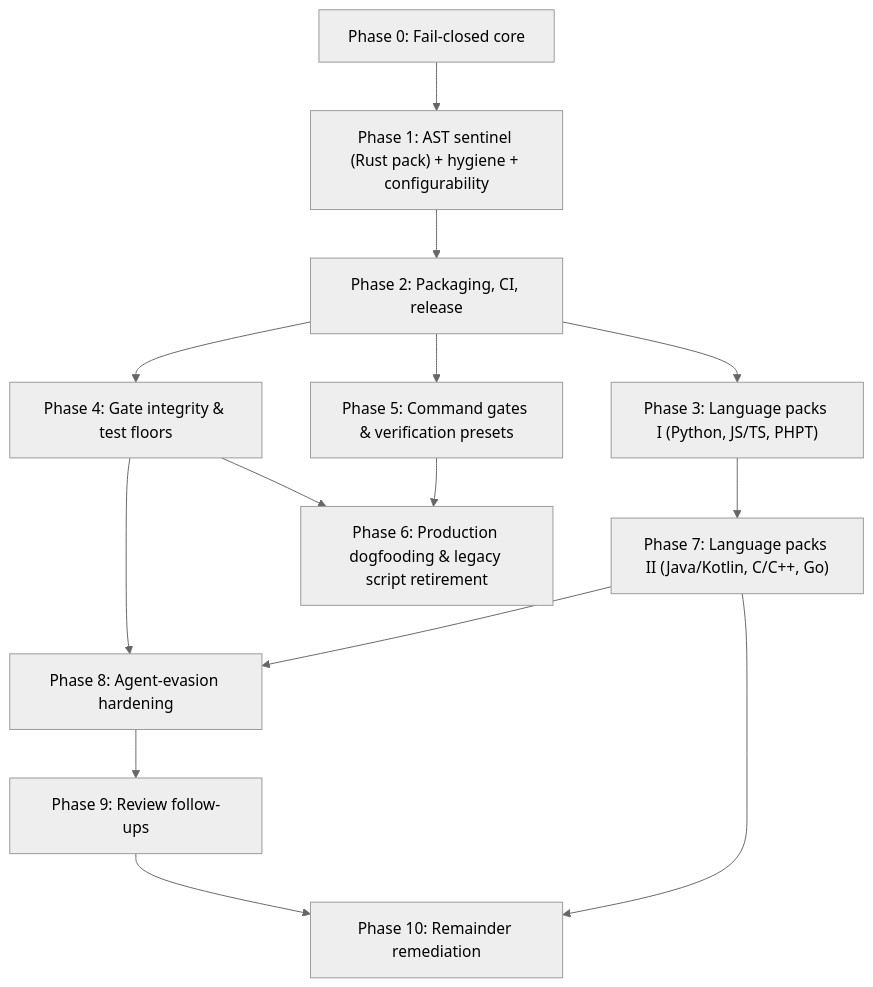
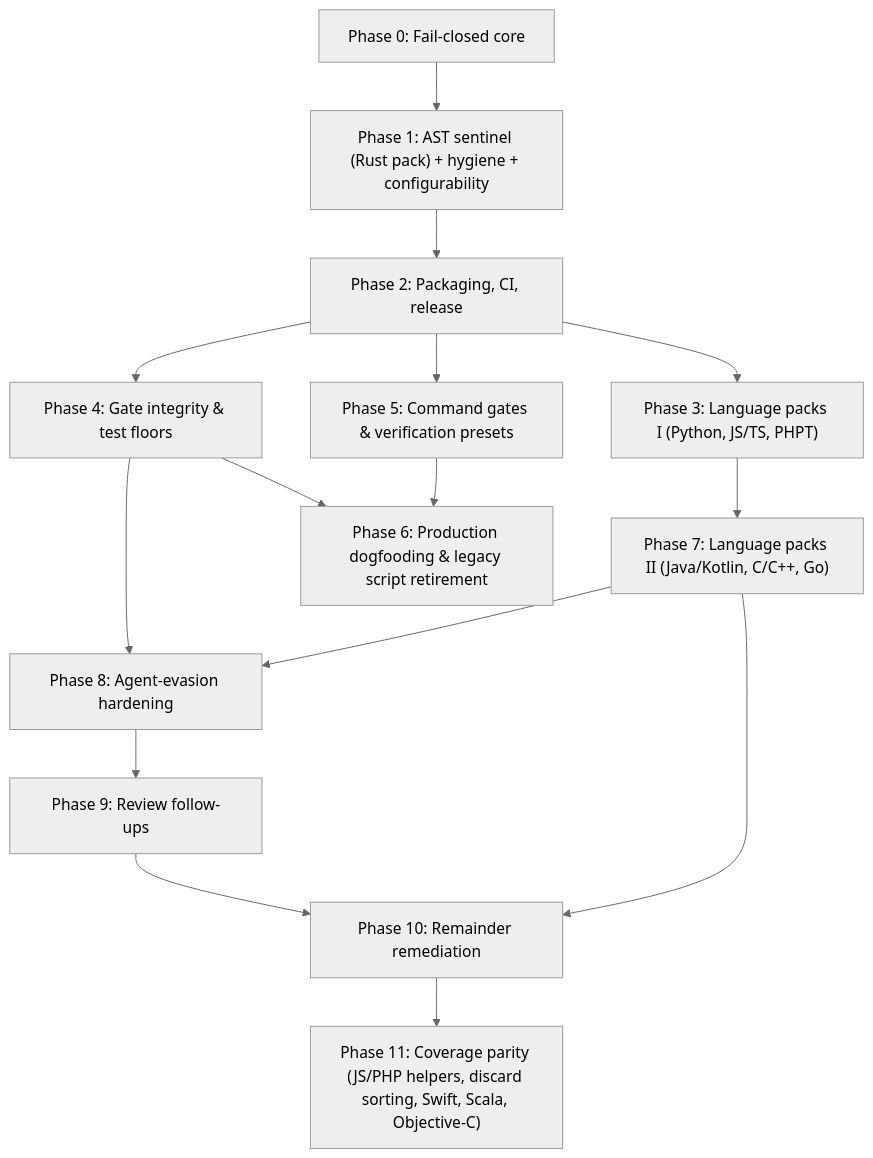
One commit to actions-marketplace-validations/orieg_discipline changed the diagram in docs/ROADMAP.md. Above: the diagram before and after it, drawn with Mermaid (neutral theme). The commit also changed other lines of this file, not shown here.

First line of the commit message:
docs(roadmap): Phase 11 coverage parity; push-event replay recorded (#155)

````diff
--- a/docs/ROADMAP.md
+++ b/docs/ROADMAP.md
@@ -17,16 +17,17 @@
 ```mermaid
 flowchart TD
     P0["Phase 0: Fail-closed core"] --> P1["Phase 1: AST sentinel (Rust pack) + hygiene + configurability"]
     P1 --> P2["Phase 2: Packaging, CI, release"]
     P2 --> P3["Phase 3: Language packs I (Python, JS/TS, PHPT)"]
     P2 --> P4["Phase 4: Gate integrity & test floors"]
     P2 --> P5["Phase 5: Command gates & verification presets"]
     P3 --> P7["Phase 7: Language packs II (Java/Kotlin, C/C++, Go)"]
     P4 --> P6["Phase 6: Production dogfooding & legacy script retirement"]
     P5 --> P6
     P4 --> P8["Phase 8: Agent-evasion hardening"]
     P8 --> P9["Phase 9: Review follow-ups"]
     P9 --> P10["Phase 10: Remainder remediation"]
     P7 --> P10
+    P10 --> P11["Phase 11: Coverage parity (JS/PHP helpers, discard sorting, Swift, Scala, Objective-C)"]
     P7 --> P8
 ```
````
